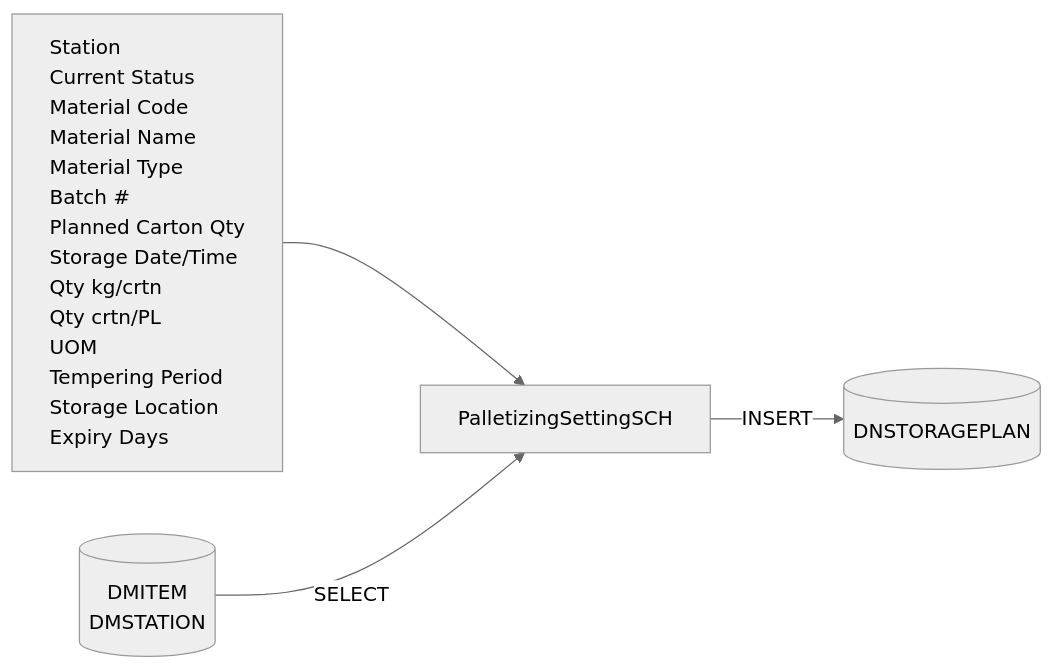
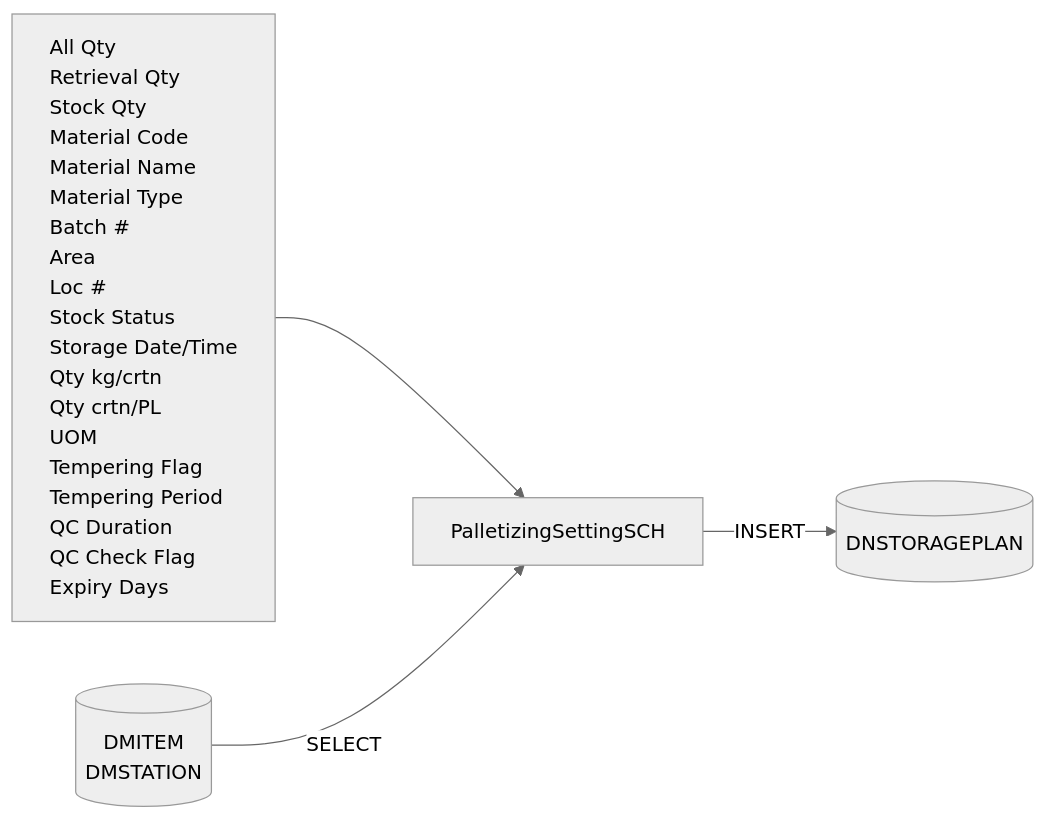
Before and after one commit to luthfiadityaa/SimeDarby-Wiki: the third of 9 diagrams in Basic-Design/DFD-WMS/Retrieval/Unplanned-Retrieval-from-HP-Area.md, drawn with Mermaid (neutral theme).

Commit message:
Updated Unplanned Retrieval from HP Area

```diff
--- a/Basic-Design/DFD-WMS/Retrieval/Unplanned-Retrieval-from-HP-Area.md
+++ b/Basic-Design/DFD-WMS/Retrieval/Unplanned-Retrieval-from-HP-Area.md
@@ -92,36 +92,41 @@
 ::: mermaid
 flowchart LR
     input[
-        Station
-        Current Status
+        All Qty
+        Retrieval Qty
+        Stock Qty
         Material Code
         Material Name
         Material Type
         Batch #
-        Planned Carton Qty
+        Area
+        Loc #
+        Stock Status
         Storage Date/Time
         Qty kg/crtn
         Qty crtn/PL
         UOM
+        Tempering Flag
         Tempering Period
-        Storage Location
+        QC Duration
+        QC Check Flag
         Expiry Days
     ]
 
     tableList-insert[("
         DNSTORAGEPLAN
     ")]
 
      tableList-select[("
         DMITEM
         DMSTATION
     ")]
 
     className[PalletizingSettingSCH]
 
     input --> className --> |INSERT| tableList-insert
     tableList-select --> |SELECT| className
 
     classDef leftAlign text-align:left;
     class input leftAlign;
 :::
```
